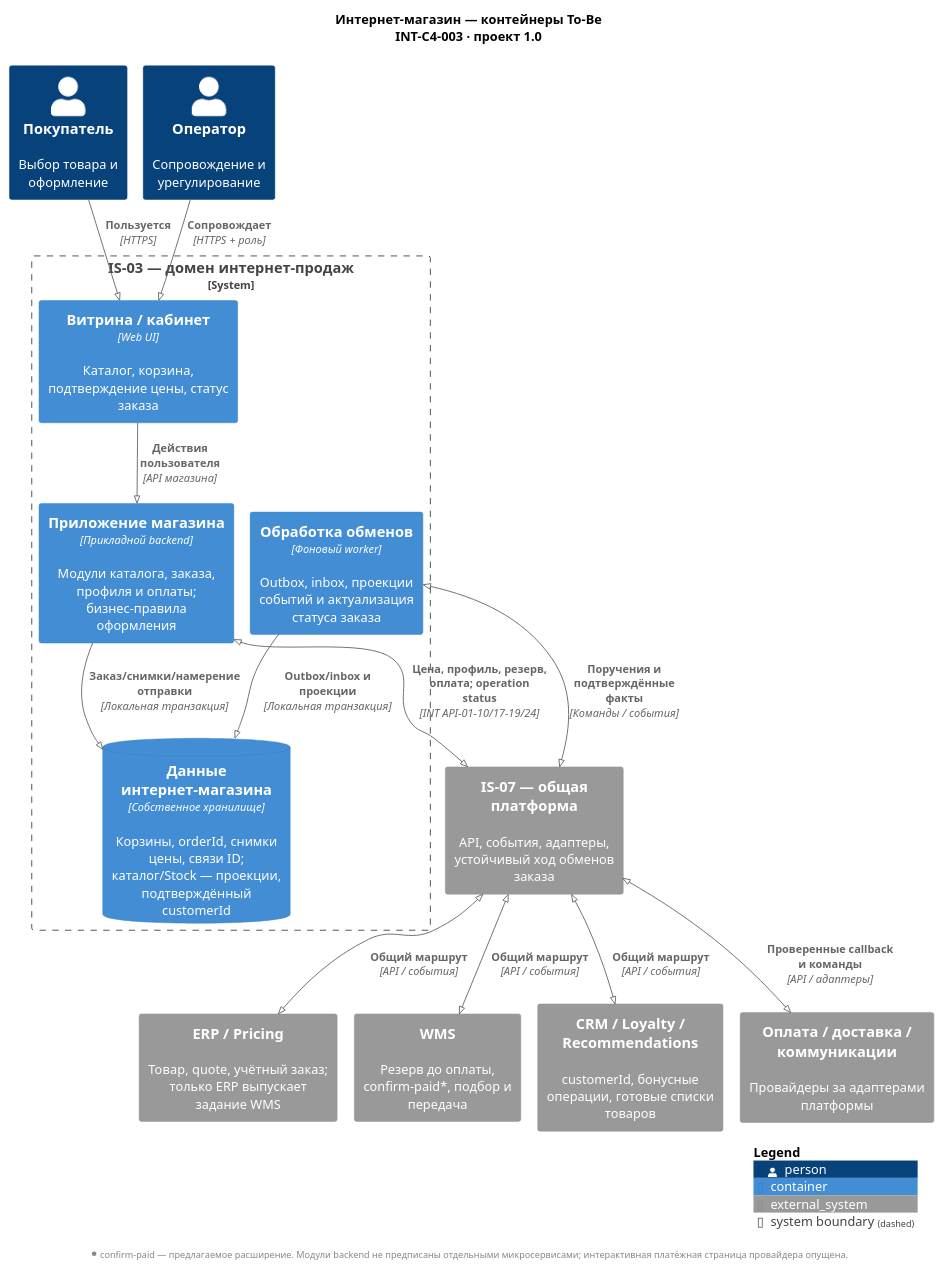
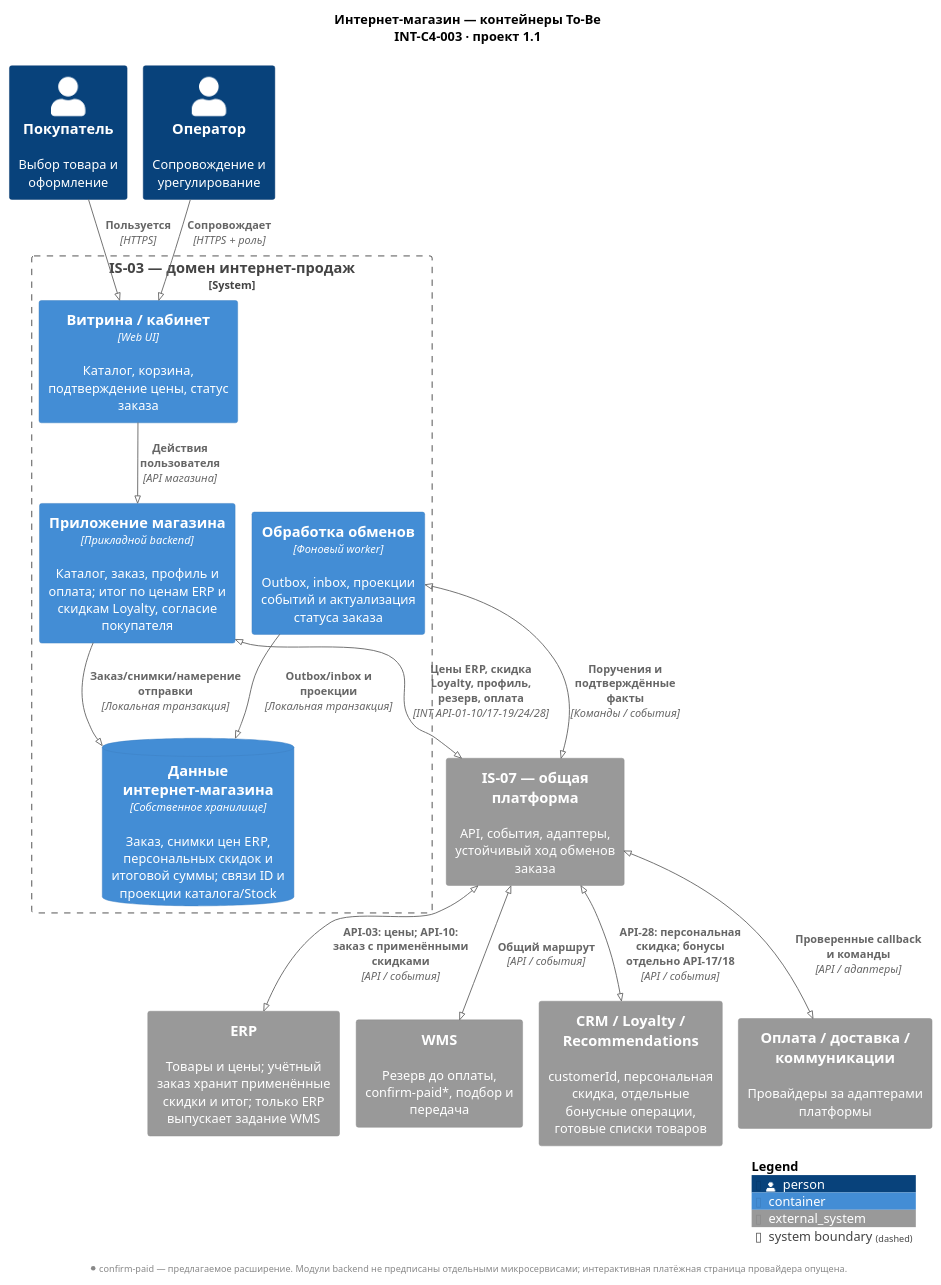
The diagram in 06_integration_architecture/diagrams/INT-C4-003-ecommerce.puml (rsingatulin/hse_architecture), drawn with PlantUML before and after one commit. The commit also changed 27 other files, not shown here.

Commit message:
Убрать отдельный Pricing и показать персональные скидки CRM

```diff
--- a/06_integration_architecture/diagrams/INT-C4-003-ecommerce.puml
+++ b/06_integration_architecture/diagrams/INT-C4-003-ecommerce.puml
@@ -1,34 +1,34 @@
 @startuml INT-C4-003-ecommerce
 !pragma layout smetana
 !include <C4/C4_Container>
 LAYOUT_TOP_DOWN()
 skinparam defaultFontName Arial
 skinparam backgroundColor white
-title Интернет-магазин — контейнеры To-Be\nINT-C4-003 · проект 1.0
+title Интернет-магазин — контейнеры To-Be\nINT-C4-003 · проект 1.1
 Person(buyer, "Покупатель", "Выбор товара и оформление")
 Person(operator, "Оператор", "Сопровождение и урегулирование")
 System_Boundary(ec, "IS-03 — домен интернет-продаж") {
  Container(web, "Витрина / кабинет", "Web UI", "Каталог, корзина, подтверждение цены, статус заказа")
- Container(app, "Приложение магазина", "Прикладной backend", "Модули каталога, заказа, профиля и оплаты; бизнес-правила оформления")
+ Container(app, "Приложение магазина", "Прикладной backend", "Каталог, заказ, профиль и оплата; итог по ценам ERP и скидкам Loyalty, согласие покупателя")
  Container(worker, "Обработка обменов", "Фоновый worker", "Outbox, inbox, проекции событий и актуализация статуса заказа")
- ContainerDb(db, "Данные интернет-магазина", "Собственное хранилище", "Корзины, orderId, снимки цены, связи ID; каталог/Stock — проекции, подтверждённый customerId")
+ ContainerDb(db, "Данные интернет-магазина", "Собственное хранилище", "Заказ, снимки цен ERP, персональных скидок и итоговой суммы; связи ID и проекции каталога/Stock")
 }
 System_Ext(ip, "IS-07 — общая платформа", "API, события, адаптеры, устойчивый ход обменов заказа")
-System_Ext(erp, "ERP / Pricing", "Товар, quote, учётный заказ; только ERP выпускает задание WMS")
+System_Ext(erp, "ERP", "Товары и цены; учётный заказ хранит применённые скидки и итог; только ERP выпускает задание WMS")
 System_Ext(wms, "WMS", "Резерв до оплаты, confirm-paid*, подбор и передача")
-System_Ext(ret, "CRM / Loyalty / Recommendations", "customerId, бонусные операции, готовые списки товаров")
+System_Ext(ret, "CRM / Loyalty / Recommendations", "customerId, персональная скидка, отдельные бонусные операции, готовые списки товаров")
 System_Ext(providers, "Оплата / доставка / коммуникации", "Провайдеры за адаптерами платформы")
 Rel(buyer, web, "Пользуется", "HTTPS")
 Rel(operator, web, "Сопровождает", "HTTPS + роль")
 Rel(web, app, "Действия пользователя", "API магазина")
 Rel(app, db, "Заказ/снимки/намерение отправки", "Локальная транзакция")
 Rel(worker, db, "Outbox/inbox и проекции", "Локальная транзакция")
-BiRel(app, ip, "Цена, профиль, резерв, оплата; operation status", "INT API-01–10/17–19/24")
+BiRel(app, ip, "Цены ERP, скидка Loyalty, профиль, резерв, оплата", "INT API-01–10/17–19/24/28")
 BiRel(worker, ip, "Поручения и подтверждённые факты", "Команды / события")
-BiRel(ip, erp, "Общий маршрут", "API / события")
+BiRel(ip, erp, "API-03: цены; API-10: заказ с применёнными скидками", "API / события")
 BiRel(ip, wms, "Общий маршрут", "API / события")
-BiRel(ip, ret, "Общий маршрут", "API / события")
+BiRel(ip, ret, "API-28: персональная скидка; бонусы отдельно API-17/18", "API / события")
 BiRel(ip, providers, "Проверенные callback и команды", "API / адаптеры")
 SHOW_LEGEND()
 footer * confirm-paid — предлагаемое расширение. Модули backend не предписаны отдельными микросервисами; интерактивная платёжная страница провайдера опущена.
 @enduml
```
